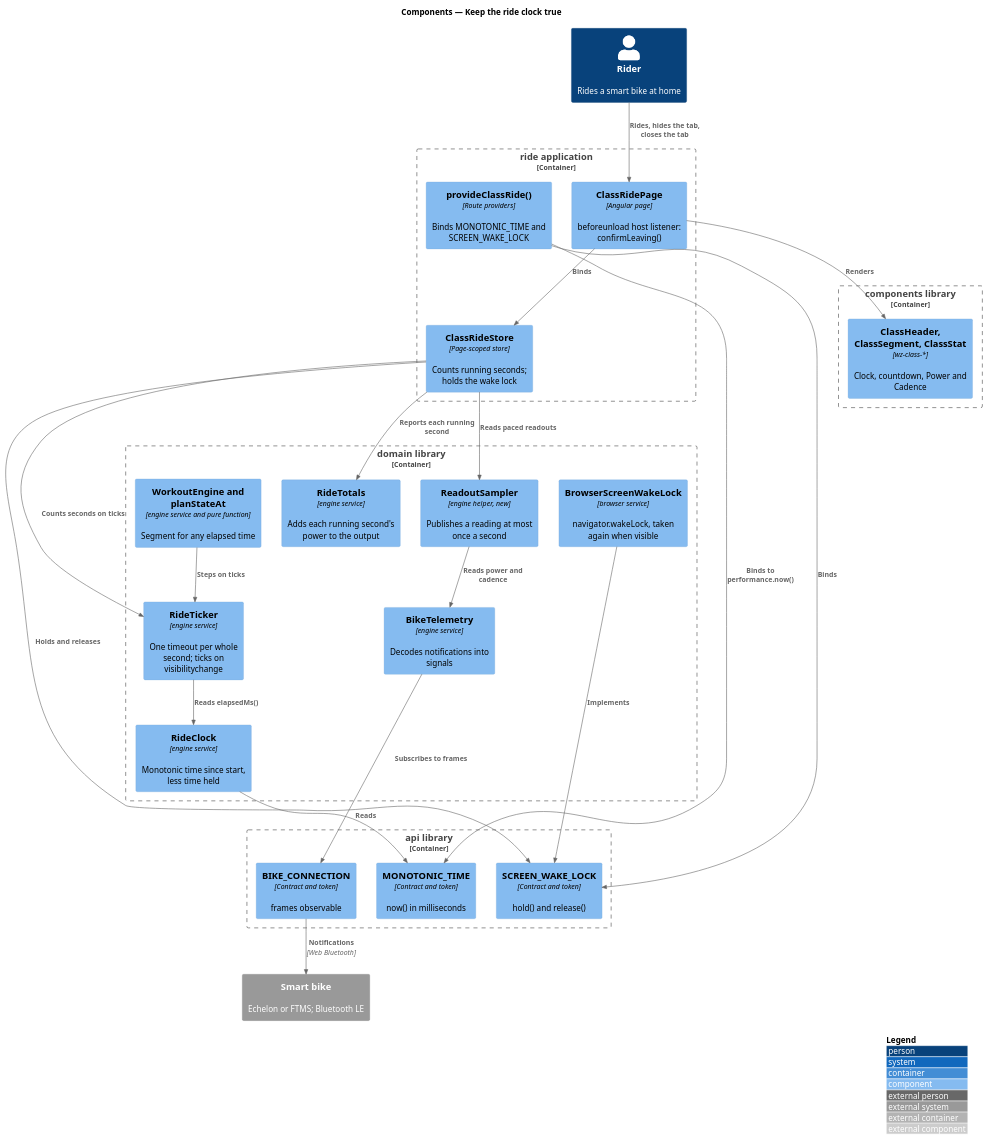
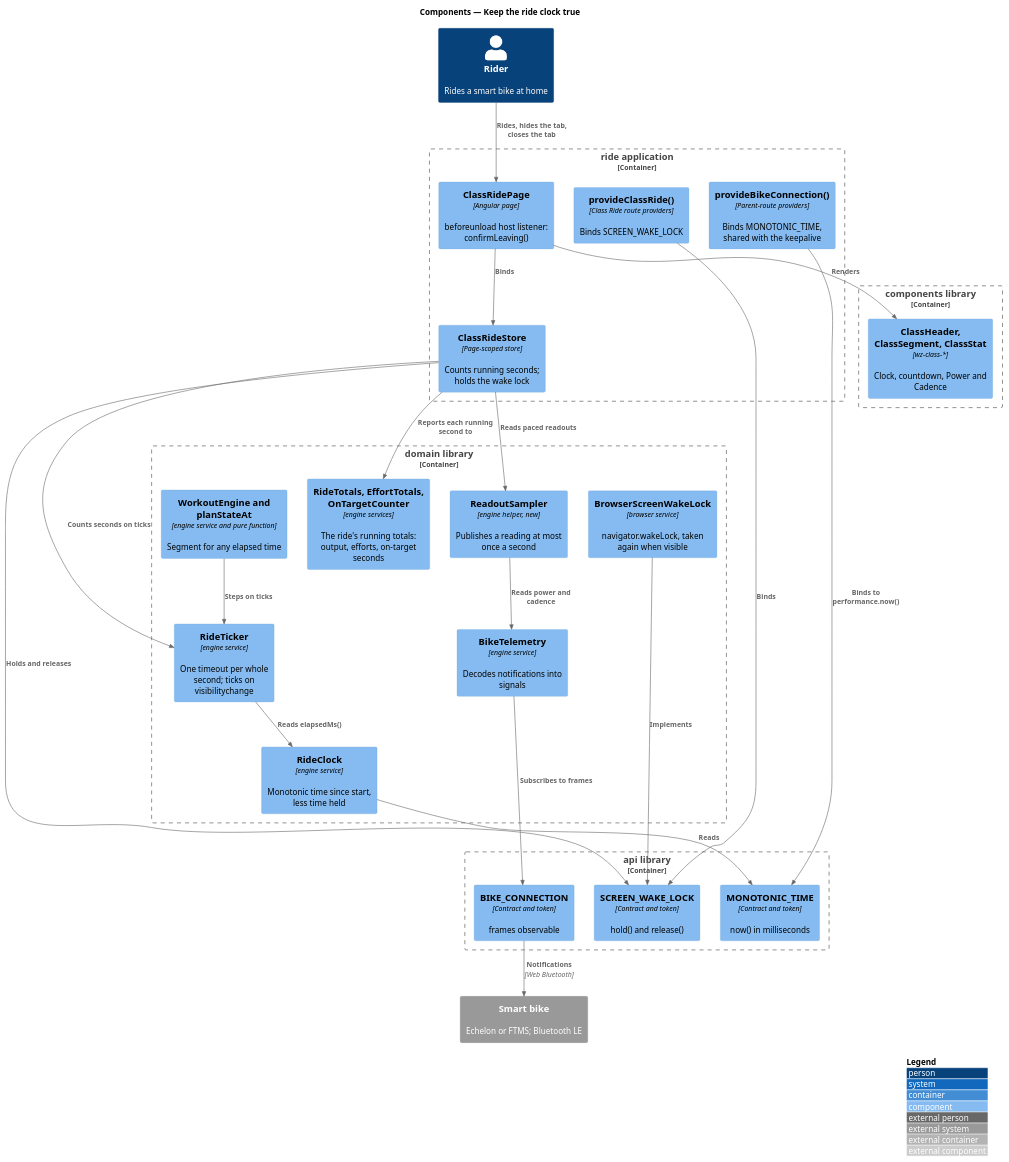
One commit to QuinntyneBrown/ride-one changed the diagram in docs/detailed-designs/performance/keep-the-ride-clock-true/diagrams/c4-component.puml. Above: the diagram before and after it, drawn with PlantUML. The commit also changed 106 other files, not shown here.

First line of the commit message:
Reconcile shared names and flows across the Telo Ride 1 designs

```diff
--- a/docs/detailed-designs/performance/keep-the-ride-clock-true/diagrams/c4-component.puml
+++ b/docs/detailed-designs/performance/keep-the-ride-clock-true/diagrams/c4-component.puml
@@ -1,48 +1,49 @@
 @startuml
 !include <C4/C4_Component>
 LAYOUT_WITH_LEGEND()
 title Components — Keep the ride clock true
 
 Person(rider, "Rider", "Rides a smart bike at home")
 System_Ext(bike, "Smart bike", "Echelon or FTMS; Bluetooth LE")
 
 Container_Boundary(ride, "ride application") {
   Component(page, "ClassRidePage", "Angular page", "beforeunload host listener: confirmLeaving()")
   Component(store, "ClassRideStore", "Page-scoped store", "Counts running seconds; holds the wake lock")
-  Component(provide, "provideClassRide()", "Route providers", "Binds MONOTONIC_TIME and SCREEN_WAKE_LOCK")
+  Component(provide, "provideClassRide()", "Class Ride route providers", "Binds SCREEN_WAKE_LOCK")
+  Component(provideBike, "provideBikeConnection()", "Parent-route providers", "Binds MONOTONIC_TIME, shared with the keepalive")
 }
 Container_Boundary(components, "components library") {
   Component(readouts, "ClassHeader, ClassSegment, ClassStat", "wz-class-*", "Clock, countdown, Power and Cadence")
 }
 Container_Boundary(domain, "domain library") {
   Component(clock, "RideClock", "engine service", "Monotonic time since start, less time held")
   Component(ticker, "RideTicker", "engine service", "One timeout per whole second; ticks on visibilitychange")
   Component(engine, "WorkoutEngine and planStateAt", "engine service and pure function", "Segment for any elapsed time")
-  Component(totals, "RideTotals", "engine service", "Adds each running second's power to the output")
+  Component(totals, "RideTotals, EffortTotals, OnTargetCounter", "engine services", "The ride's running totals: output, efforts, on-target seconds")
   Component(telemetry, "BikeTelemetry", "engine service", "Decodes notifications into signals")
   Component(sampler, "ReadoutSampler", "engine helper, new", "Publishes a reading at most once a second")
   Component(wake, "BrowserScreenWakeLock", "browser service", "navigator.wakeLock, taken again when visible")
 }
 Container_Boundary(api, "api library") {
   Component(mono, "MONOTONIC_TIME", "Contract and token", "now() in milliseconds")
   Component(swl, "SCREEN_WAKE_LOCK", "Contract and token", "hold() and release()")
   Component(conn, "BIKE_CONNECTION", "Contract and token", "frames observable")
 }
 
 Rel(rider, page, "Rides, hides the tab, closes the tab")
 Rel(page, store, "Binds")
 Rel(page, readouts, "Renders")
-Rel(provide, mono, "Binds to performance.now()")
+Rel(provideBike, mono, "Binds to performance.now()")
 Rel(provide, swl, "Binds")
 Rel(clock, mono, "Reads")
 Rel(ticker, clock, "Reads elapsedMs()")
 Rel(engine, ticker, "Steps on ticks")
 Rel(store, ticker, "Counts seconds on ticks")
-Rel(store, totals, "Reports each running second")
+Rel(store, totals, "Reports each running second to")
 Rel(store, swl, "Holds and releases")
 Rel(wake, swl, "Implements")
 Rel(telemetry, conn, "Subscribes to frames")
 Rel(sampler, telemetry, "Reads power and cadence")
 Rel(store, sampler, "Reads paced readouts")
 Rel(conn, bike, "Notifications", "Web Bluetooth")
 @enduml
```
